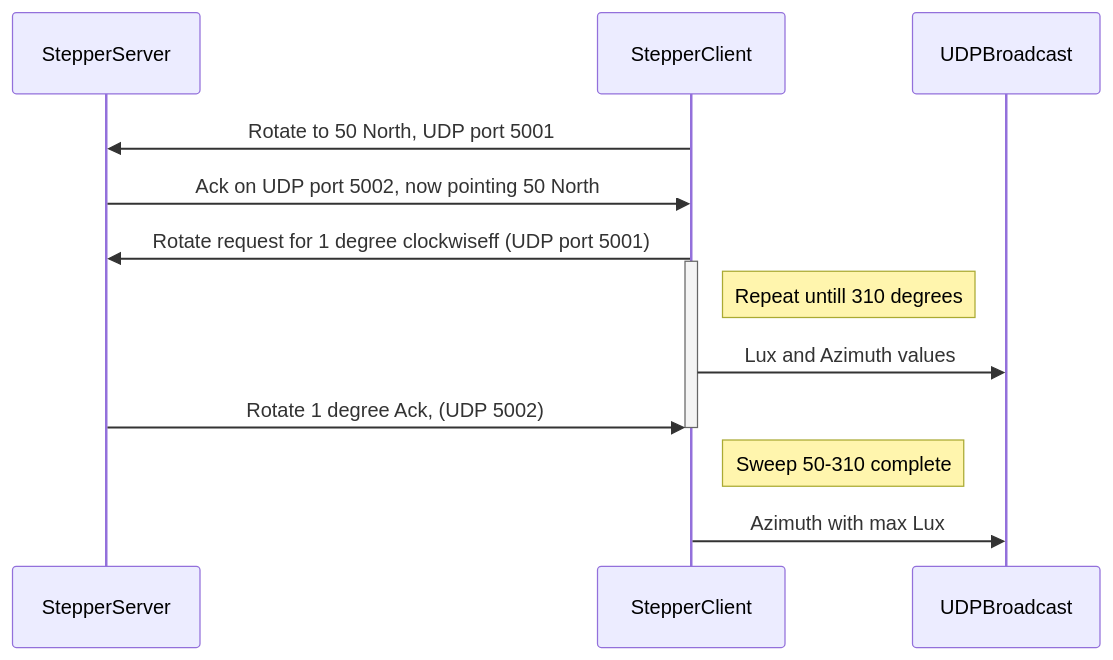
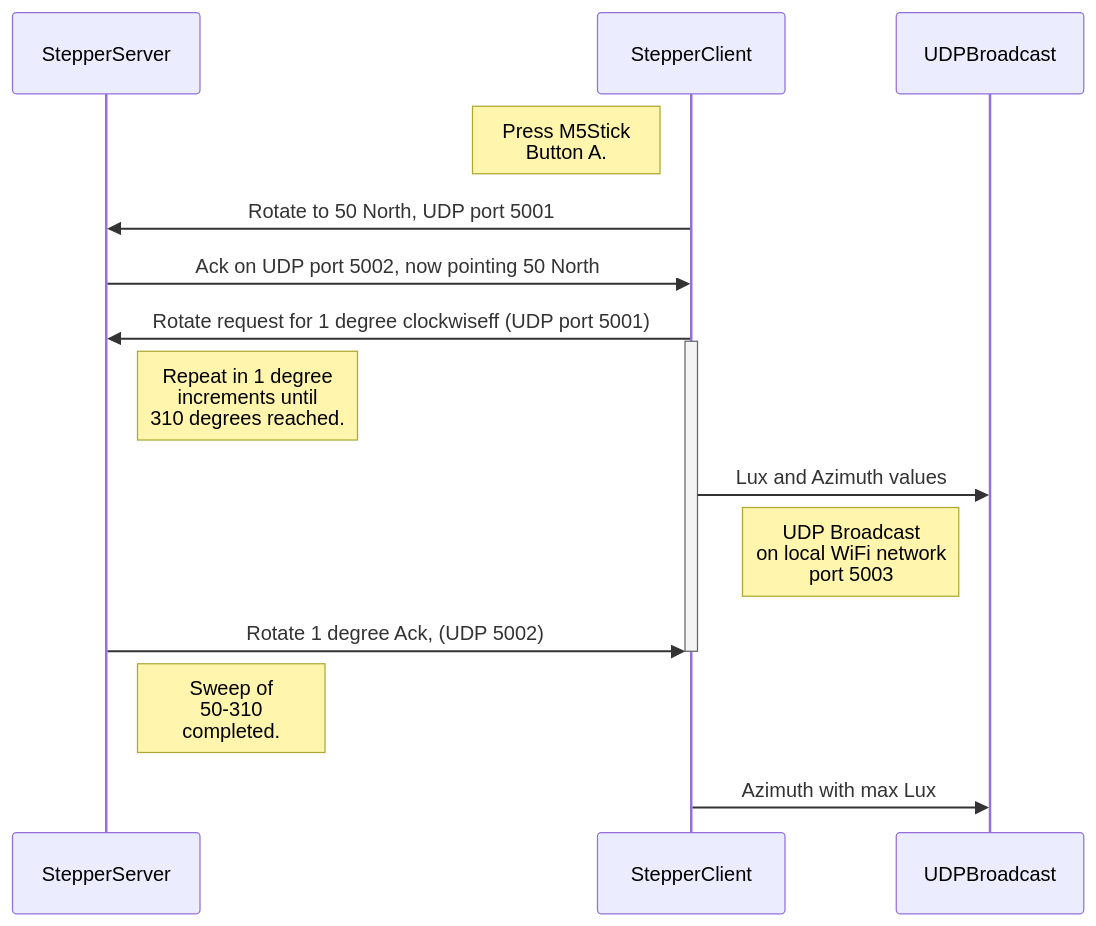
The diagram in README.md (wicked-rainman/SolarClock), drawn with Mermaid before and after one commit.

````diff
--- a/README.md
+++ b/README.md
@@ -39,16 +39,18 @@
 ```mermaid
 sequenceDiagram
     participant StepperServer
     participant StepperClient
     participant UDPBroadcast
+    Note left of StepperClient: Press M5Stick<BR/> Button A.
     StepperClient->>StepperServer: Rotate to 50 North, UDP port 5001
     StepperServer->>StepperClient: Ack on UDP port 5002, now pointing 50 North
     StepperClient->>StepperServer: Rotate request for 1 degree clockwiseff (UDP port 5001)
     activate StepperClient
-    Note right of StepperClient: Repeat untill 310 degrees
+    Note right of StepperServer: Repeat in 1 degree<br>increments until<BR/>310 degrees reached.
     StepperClient->>UDPBroadcast: Lux and Azimuth values
+    Note left of UDPBroadcast: UDP Broadcast<BR/>on local WiFi network<BR/> port 5003
     StepperServer->>StepperClient: Rotate 1 degree Ack, (UDP 5002)
     deactivate StepperClient
-    Note right of StepperClient: Sweep 50-310 complete
+    Note right of StepperServer: Sweep of <br>50-310<br>completed.
     StepperClient->>UDPBroadcast: Azimuth with max Lux
 ```
````
